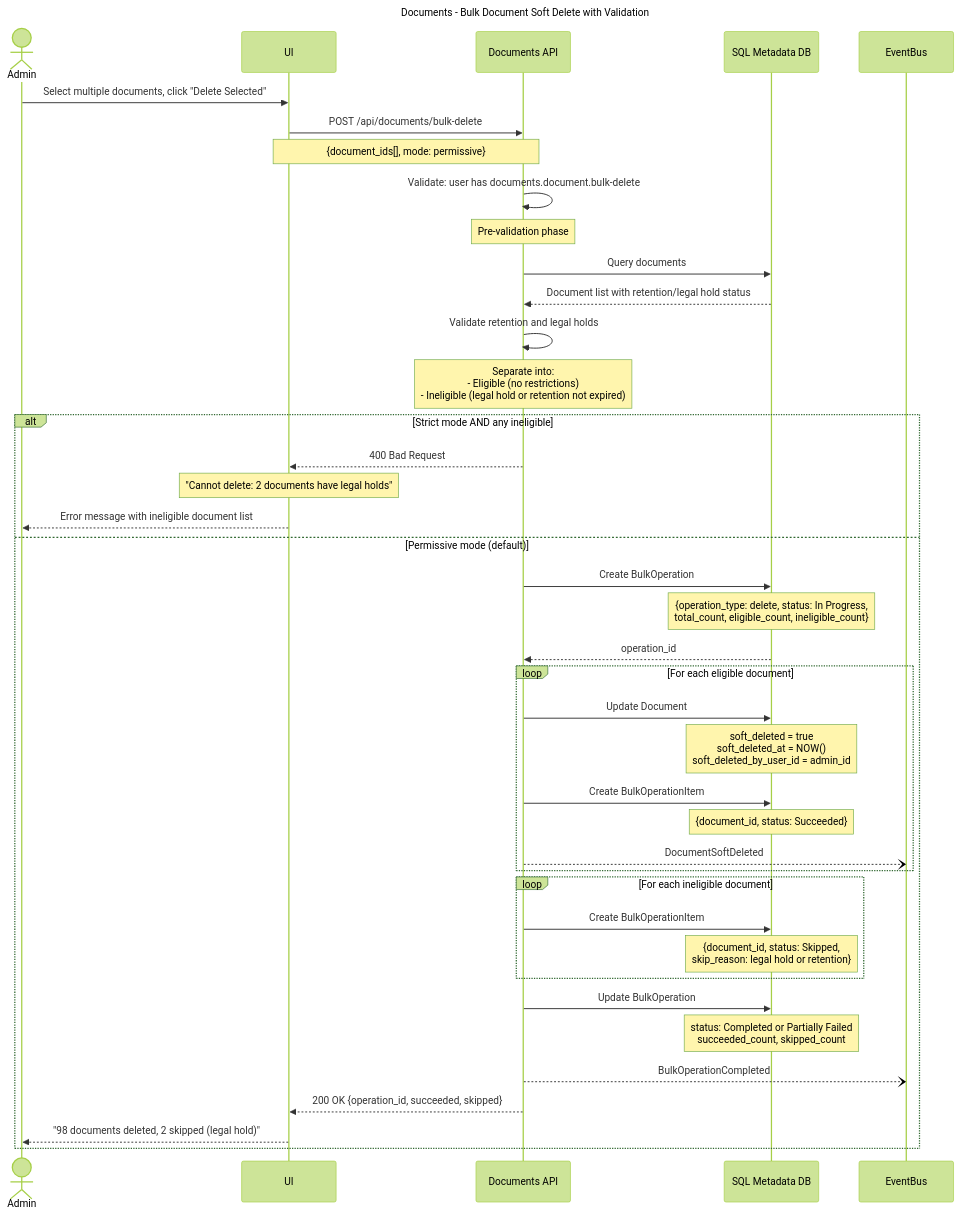
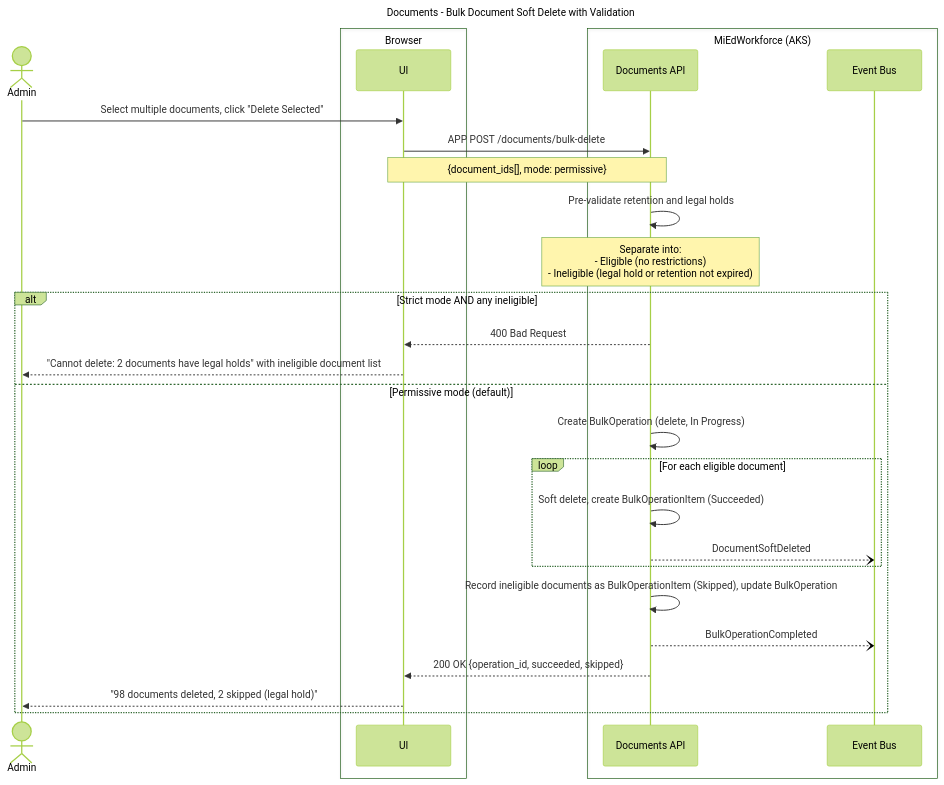
One commit to mnichols-dl/mied-design changed the tenth of 16 diagrams in working-docs/solution-areas/documents/documents-sequences.md. Above: the diagram before and after it, drawn with Mermaid (forest theme). The commit also changed other lines of this file and 34 other files, not shown here.

Commit message:
Update sequences and perform RTM assessment

````diff
--- a/working-docs/solution-areas/documents/documents-sequences.md
+++ b/working-docs/solution-areas/documents/documents-sequences.md
@@ -595,56 +561,38 @@
 ```mermaid
 ---
 title: Documents - Bulk Document Soft Delete with Validation
 ---
 sequenceDiagram
     actor Admin
+    box Browser
     participant UI
-    participant DocsAPI as Documents API
-    participant MetadataDB as SQL Metadata DB
-    participant EventBus
-    
+    end
+    box MiEdWorkforce (AKS)
+    participant DocsApi as Documents API
+    participant EventBus as Event Bus
+    end
+
     Admin->>UI: Select multiple documents, click "Delete Selected"
-    UI->>DocsAPI: POST /api/documents/bulk-delete
-    Note over UI,DocsAPI: {document_ids[], mode: permissive}
-    
-    DocsAPI->>DocsAPI: Validate: user has documents.document.bulk-delete
-    
-    Note over DocsAPI: Pre-validation phase
-    DocsAPI->>MetadataDB: Query documents
-    MetadataDB-->>DocsAPI: Document list with retention/legal hold status
-    
-    DocsAPI->>DocsAPI: Validate retention and legal holds
-    Note over DocsAPI: Separate into:<br/>- Eligible (no restrictions)<br/>- Ineligible (legal hold or retention not expired)
-    
+    UI->>DocsApi: APP POST /documents/bulk-delete
+    Note over UI,DocsApi: {document_ids[], mode: permissive}
+
+    DocsApi->>DocsApi: Pre-validate retention and legal holds
+    Note over DocsApi: Separate into:<br/>- Eligible (no restrictions)<br/>- Ineligible (legal hold or retention not expired)
+
     alt Strict mode AND any ineligible
-        DocsAPI-->>UI: 400 Bad Request
-        Note over UI: "Cannot delete: 2 documents have legal holds"
-        UI-->>Admin: Error message with ineligible document list
+        DocsApi-->>UI: 400 Bad Request
+        UI-->>Admin: "Cannot delete: 2 documents have legal holds" with ineligible document list
     else Permissive mode (default)
-        DocsAPI->>MetadataDB: Create BulkOperation
-        Note over MetadataDB: {operation_type: delete, status: In Progress,<br/>total_count, eligible_count, ineligible_count}
-        MetadataDB-->>DocsAPI: operation_id
-        
+        DocsApi->>DocsApi: Create BulkOperation (delete, In Progress)
+
         loop For each eligible document
-            DocsAPI->>MetadataDB: Update Document
-            Note over MetadataDB: soft_deleted = true<br/>soft_deleted_at = NOW()<br/>soft_deleted_by_user_id = admin_id
-            
-            DocsAPI->>MetadataDB: Create BulkOperationItem
-            Note over MetadataDB: {document_id, status: Succeeded}
-            
-            DocsAPI--)EventBus: DocumentSoftDeleted
+            DocsApi->>DocsApi: Soft delete, create BulkOperationItem (Succeeded)
+            DocsApi--)EventBus: DocumentSoftDeleted
         end
-        
-        loop For each ineligible document
-            DocsAPI->>MetadataDB: Create BulkOperationItem
-            Note over MetadataDB: {document_id, status: Skipped,<br/>skip_reason: legal hold or retention}
-        end
-        
-        DocsAPI->>MetadataDB: Update BulkOperation
-        Note over MetadataDB: status: Completed or Partially Failed<br/>succeeded_count, skipped_count
-        
-        DocsAPI--)EventBus: BulkOperationCompleted
-        DocsAPI-->>UI: 200 OK {operation_id, succeeded, skipped}
+
+        DocsApi->>DocsApi: Record ineligible documents as BulkOperationItem (Skipped), update BulkOperation
+        DocsApi--)EventBus: BulkOperationCompleted
+        DocsApi-->>UI: 200 OK {operation_id, succeeded, skipped}
         UI-->>Admin: "98 documents deleted, 2 skipped (legal hold)"
     end
 ```
````
